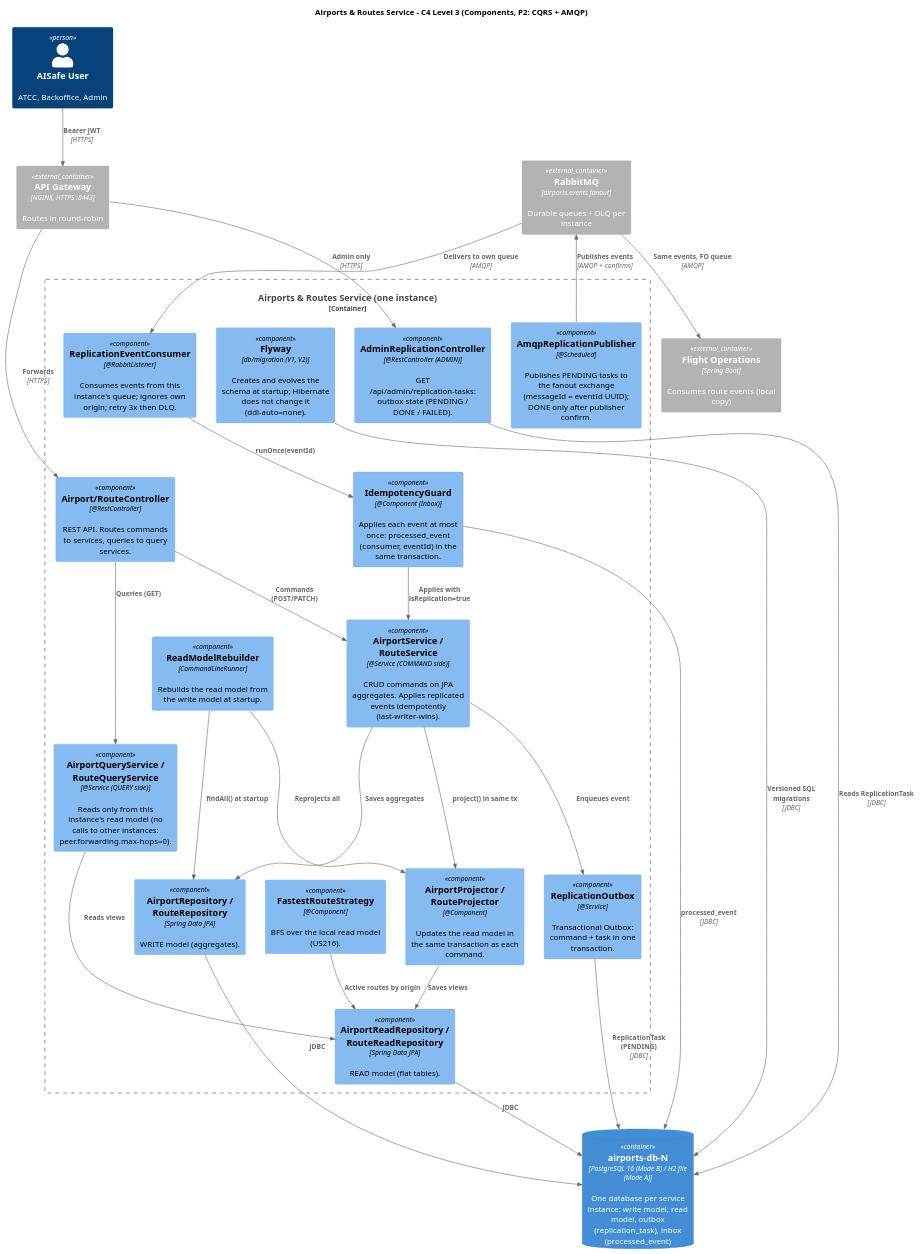
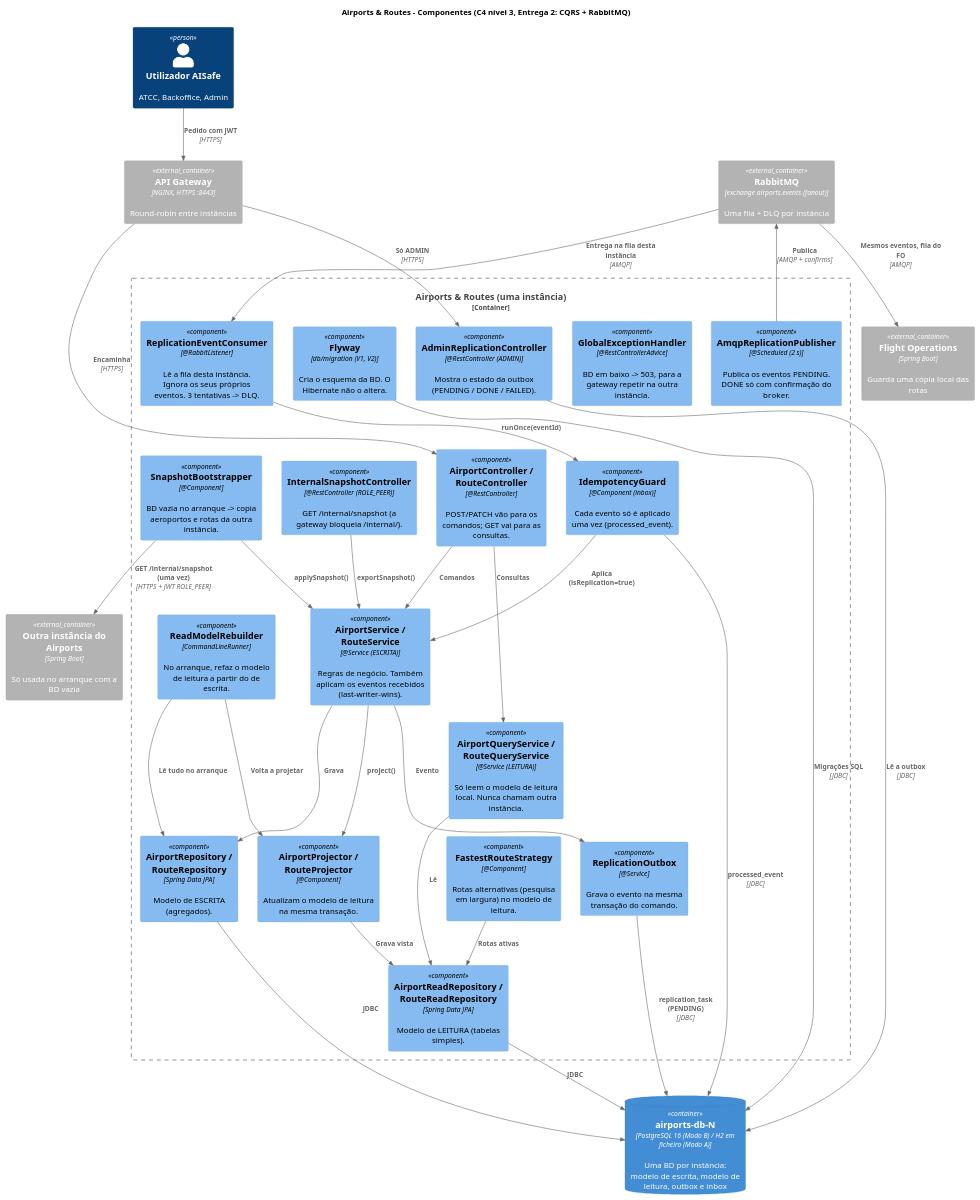
Before and after one commit to anamartasilvaa/SIDIG_AI_Safe: the diagram in Services/Airport e Routes/airports-routes-service/docs/E2/c4-component-airports-routes-p2.puml, drawn with PlantUML. The commit also changed 31 other files, not shown here.

Commit message:
Airports: snapshot no arranque com BD vazia, 503 com BD em baixo, diagramas e READMEs da Entrega 2 atualizados

```diff
--- a/Services/Airport e Routes/airports-routes-service/docs/E2/c4-component-airports-routes-p2.puml
+++ b/Services/Airport e Routes/airports-routes-service/docs/E2/c4-component-airports-routes-p2.puml
@@ -1,60 +1,66 @@
 @startuml c4-component-airports-routes-p2
 !include <C4/C4_Component>
 LAYOUT_TOP_DOWN()
 
-title Airports & Routes Service - C4 Level 3 (Components, P2: CQRS + AMQP)
+title Airports & Routes - Componentes (C4 nível 3, Entrega 2: CQRS + RabbitMQ)
 
-Person(client, "AISafe User", "ATCC, Backoffice, Admin")
-Container_Ext(gateway, "API Gateway", "NGINX, HTTPS :8443", "Routes in round-robin")
-Container_Ext(broker, "RabbitMQ", "airports.events fanout", "Durable queues + DLQ per instance")
-Container_Ext(fo, "Flight Operations", "Spring Boot", "Consumes route events (local copy)")
+Person(client, "Utilizador AISafe", "ATCC, Backoffice, Admin")
+Container_Ext(gateway, "API Gateway", "NGINX, HTTPS :8443", "Round-robin entre instâncias")
+Container_Ext(broker, "RabbitMQ", "exchange airports.events (fanout)", "Uma fila + DLQ por instância")
+Container_Ext(fo, "Flight Operations", "Spring Boot", "Guarda uma cópia local das rotas")
+Container_Ext(peer, "Outra instância do Airports", "Spring Boot", "Só usada no arranque com a BD vazia")
 
-ContainerDb(db, "airports-db-N", "PostgreSQL 16 (Mode B) / H2 file (Mode A)", "One database per service instance: write model, read model, outbox (replication_task), inbox (processed_event)")
+ContainerDb(db, "airports-db-N", "PostgreSQL 16 (Modo B) / H2 em ficheiro (Modo A)", "Uma BD por instância: modelo de escrita, modelo de leitura, outbox e inbox")
 
-Container_Boundary(ar, "Airports & Routes Service (one instance)") {
-    Component(ctrl, "Airport/RouteController", "@RestController", "REST API. Routes commands to services, queries to query services.")
+Container_Boundary(ar, "Airports & Routes (uma instância)") {
+    Component(ctrl, "AirportController / RouteController", "@RestController", "POST/PATCH vão para os comandos; GET vai para as consultas.")
+    Component(admin, "AdminReplicationController", "@RestController (ADMIN)", "Mostra o estado da outbox (PENDING / DONE / FAILED).")
+    Component(errors, "GlobalExceptionHandler", "@RestControllerAdvice", "BD em baixo -> 503, para a gateway repetir na outra instância.")
 
-    Component(admin, "AdminReplicationController", "@RestController (ADMIN)", "GET /api/admin/replication-tasks: outbox state (PENDING / DONE / FAILED).")
+    Component(cmdSvc, "AirportService / RouteService", "@Service (ESCRITA)", "Regras de negócio. Também aplicam os eventos recebidos (last-writer-wins).")
+    Component(proj, "AirportProjector / RouteProjector", "@Component", "Atualizam o modelo de leitura na mesma transação.")
+    Component(qrySvc, "AirportQueryService / RouteQueryService", "@Service (LEITURA)", "Só leem o modelo de leitura local. Nunca chamam outra instância.")
+    Component(bfs, "FastestRouteStrategy", "@Component", "Rotas alternativas (pesquisa em largura) no modelo de leitura.")
 
-    Component(cmdSvc, "AirportService / RouteService", "@Service (COMMAND side)", "CRUD commands on JPA aggregates. Applies replicated events idempotently (last-writer-wins).")
-    Component(proj, "AirportProjector / RouteProjector", "@Component", "Updates the read model in the same transaction as each command.")
-    Component(qrySvc, "AirportQueryService / RouteQueryService", "@Service (QUERY side)", "Reads only from this instance's read model (no calls to other instances: peer.forwarding.max-hops=0).")
-    Component(bfs, "FastestRouteStrategy", "@Component", "BFS over the local read model (US216).")
+    Component(writeRepo, "AirportRepository / RouteRepository", "Spring Data JPA", "Modelo de ESCRITA (agregados).")
+    Component(readRepo, "AirportReadRepository / RouteReadRepository", "Spring Data JPA", "Modelo de LEITURA (tabelas simples).")
+    Component(rebuild, "ReadModelRebuilder", "CommandLineRunner", "No arranque, refaz o modelo de leitura a partir do de escrita.")
+    Component(snap, "SnapshotBootstrapper", "@Component", "BD vazia no arranque -> copia aeroportos e rotas da outra instância.")
+    Component(internal, "InternalSnapshotController", "@RestController (ROLE_PEER)", "GET /internal/snapshot (a gateway bloqueia /internal/).")
+    Component(flyway, "Flyway", "db/migration (V1, V2)", "Cria o esquema da BD. O Hibernate não o altera.")
 
-    Component(writeRepo, "AirportRepository / RouteRepository", "Spring Data JPA", "WRITE model (aggregates).")
-    Component(readRepo, "AirportReadRepository / RouteReadRepository", "Spring Data JPA", "READ model (flat tables).")
-    Component(rebuild, "ReadModelRebuilder", "CommandLineRunner", "Rebuilds the read model from the write model at startup.")
-    Component(flyway, "Flyway", "db/migration (V1, V2)", "Creates and evolves the schema at startup; Hibernate does not change it (ddl-auto=none).")
-
-    Component(outbox, "ReplicationOutbox", "@Service", "Transactional Outbox: command + task in one transaction.")
-    Component(pub, "AmqpReplicationPublisher", "@Scheduled", "Publishes PENDING tasks to the fanout exchange (messageId = eventId UUID); DONE only after publisher confirm.")
-    Component(cons, "ReplicationEventConsumer", "@RabbitListener", "Consumes events from this instance's queue; ignores own origin; retry 3x then DLQ.")
-    Component(inbox, "IdempotencyGuard", "@Component (Inbox)", "Applies each event at most once: processed_event (consumer, eventId) in the same transaction.")
+    Component(outbox, "ReplicationOutbox", "@Service", "Grava o evento na mesma transação do comando.")
+    Component(pub, "AmqpReplicationPublisher", "@Scheduled (2 s)", "Publica os eventos PENDING. DONE só com confirmação do broker.")
+    Component(cons, "ReplicationEventConsumer", "@RabbitListener", "Lê a fila desta instância. Ignora os seus próprios eventos. 3 tentativas -> DLQ.")
+    Component(inbox, "IdempotencyGuard", "@Component (inbox)", "Cada evento só é aplicado uma vez (processed_event).")
 }
 
-Rel(client, gateway, "Bearer JWT", "HTTPS")
-Rel(gateway, ctrl, "Forwards", "HTTPS")
+Rel(client, gateway, "Pedido com JWT", "HTTPS")
+Rel(gateway, ctrl, "Encaminha", "HTTPS")
+Rel(gateway, admin, "Só ADMIN", "HTTPS")
 
-Rel(ctrl, cmdSvc, "Commands (POST/PATCH)")
-Rel(ctrl, qrySvc, "Queries (GET)")
-Rel(cmdSvc, writeRepo, "Saves aggregates")
-Rel(cmdSvc, proj, "project() in same tx")
-Rel(proj, readRepo, "Saves views")
-Rel(cmdSvc, outbox, "Enqueues event")
-Rel(outbox, db, "ReplicationTask (PENDING)", "JDBC")
-Rel(pub, broker, "Publishes events", "AMQP + confirms")
-Rel(broker, cons, "Delivers to own queue", "AMQP")
-Rel(broker, fo, "Same events, FO queue", "AMQP")
+Rel(ctrl, cmdSvc, "Comandos")
+Rel(ctrl, qrySvc, "Consultas")
+Rel(cmdSvc, writeRepo, "Grava")
+Rel(cmdSvc, proj, "project()")
+Rel(proj, readRepo, "Grava vista")
+Rel(cmdSvc, outbox, "Evento")
+Rel(outbox, db, "replication_task (PENDING)", "JDBC")
+Rel(pub, broker, "Publica", "AMQP + confirms")
+Rel(broker, cons, "Entrega na fila desta instância", "AMQP")
+Rel(broker, fo, "Mesmos eventos, fila do FO", "AMQP")
 Rel(cons, inbox, "runOnce(eventId)")
-Rel(inbox, cmdSvc, "Applies with isReplication=true")
+Rel(inbox, cmdSvc, "Aplica (isReplication=true)")
 Rel(inbox, db, "processed_event", "JDBC")
-Rel(qrySvc, readRepo, "Reads views")
-Rel(gateway, admin, "Admin only", "HTTPS")
-Rel(admin, db, "Reads ReplicationTask", "JDBC")
-Rel(bfs, readRepo, "Active routes by origin")
-Rel(rebuild, writeRepo, "findAll() at startup")
-Rel(rebuild, proj, "Reprojects all")
-Rel(flyway, db, "Versioned SQL migrations", "JDBC")
+Rel(qrySvc, readRepo, "Lê")
+Rel(bfs, readRepo, "Rotas ativas")
+Rel(admin, db, "Lê a outbox", "JDBC")
+Rel(rebuild, writeRepo, "Lê tudo no arranque")
+Rel(rebuild, proj, "Volta a projetar")
+Rel(snap, peer, "GET /internal/snapshot (uma vez)", "HTTPS + JWT ROLE_PEER")
+Rel(snap, cmdSvc, "applySnapshot()")
+Rel(internal, cmdSvc, "exportSnapshot()")
+Rel(flyway, db, "Migrações SQL", "JDBC")
 Rel(writeRepo, db, "JDBC")
 Rel(readRepo, db, "JDBC")
 @enduml
```
